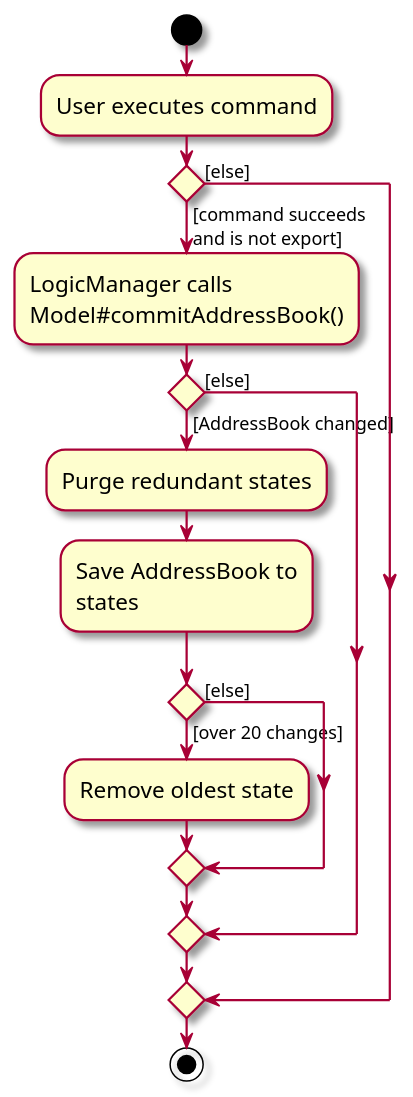
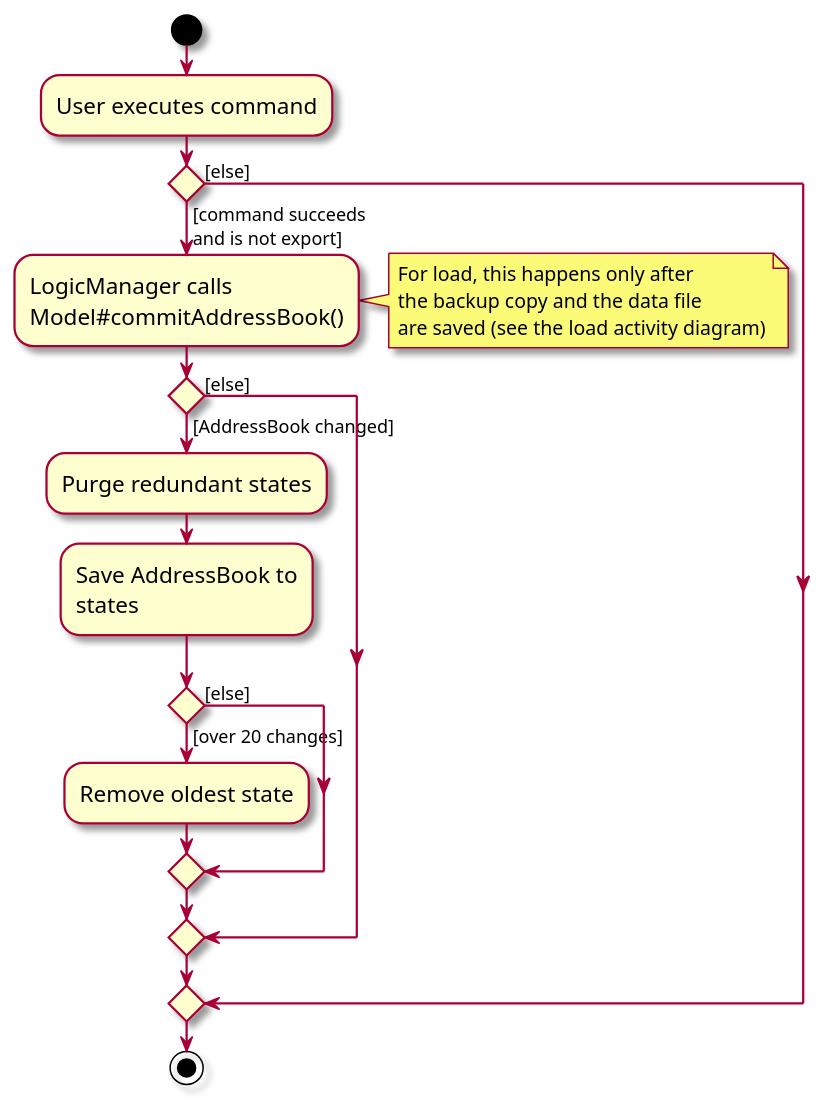
Before and after one commit to AY2627S1-CS2103-F13-1/tp: the diagram in docs/diagrams/CommitActivityDiagram.puml, drawn with PlantUML. The commit also changed 2 other files, not shown here.

Commit message:
Docs: Note how load reaches the commit step

```diff
--- a/docs/diagrams/CommitActivityDiagram.puml
+++ b/docs/diagrams/CommitActivityDiagram.puml
@@ -1,28 +1,33 @@
 @startuml
 skin rose
 skinparam ActivityFontSize 15
 skinparam ArrowFontSize 12
 start
 :User executes command;
 
 'Since the beta syntax does not support placing the condition outside the
 'diamond we place it as the true branch instead.
 
 if () then ([command succeeds
 and is not export])
     :LogicManager calls
     Model#commitAddressBook();
+    note right
+      For load, this happens only after
+      the backup copy and the data file
+      are saved (see the load activity diagram)
+    end note
     if () then ([AddressBook changed])
         :Purge redundant states;
         :Save AddressBook to
         states;
         if () then ([over 20 changes])
             :Remove oldest state;
         else ([else])
         endif
     else ([else])
     endif
 else ([else])
 endif
 stop
 @enduml
```
